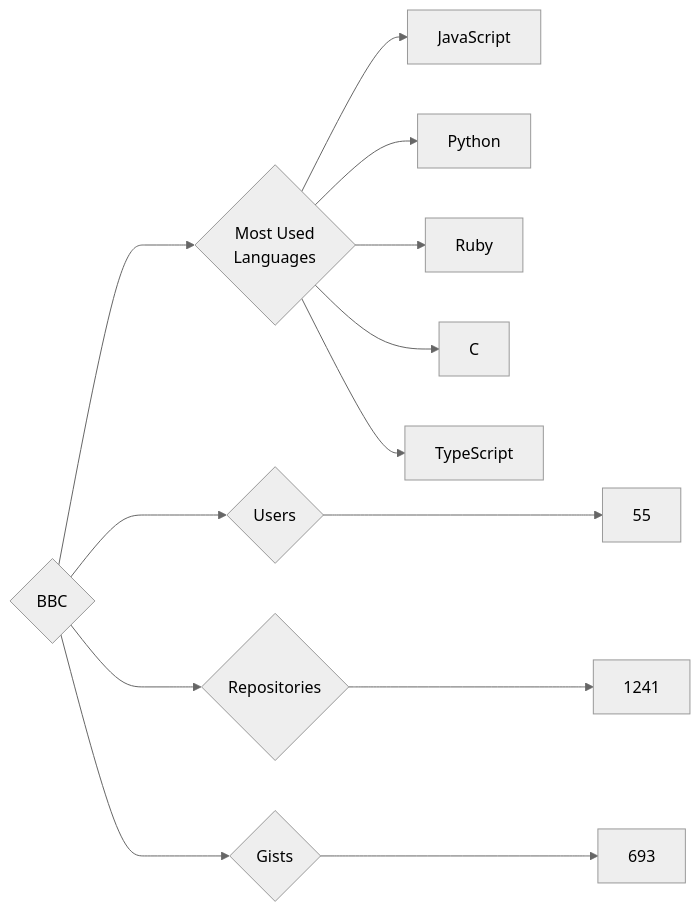
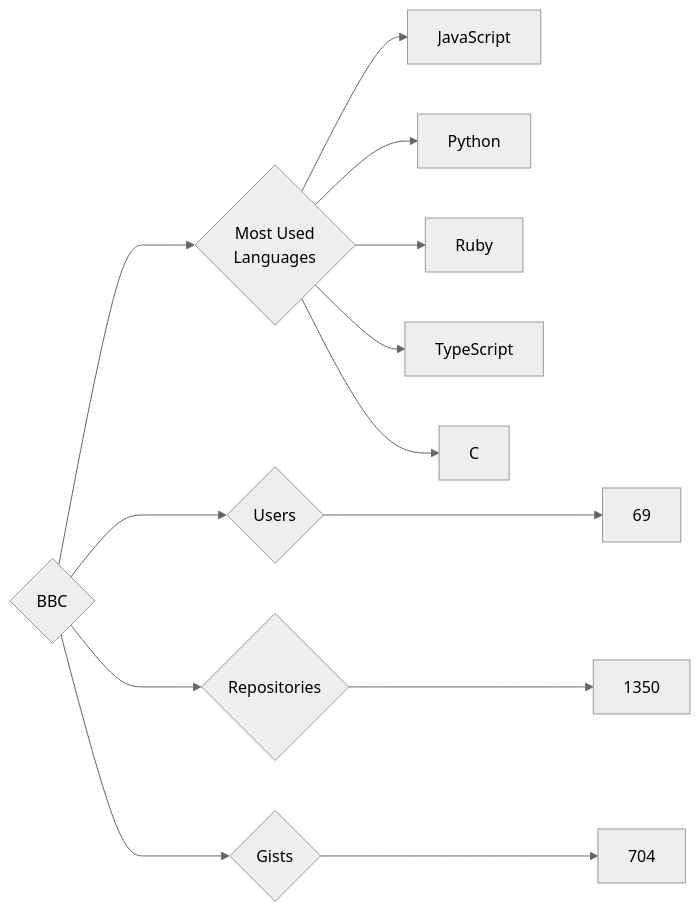
The diagram in targets/BBC/README.md (trickest/insiders), drawn with Mermaid (neutral theme) before and after one commit. The commit also changed 545 other files, not shown here.

````diff
--- a/targets/BBC/README.md
+++ b/targets/BBC/README.md
@@ -3,13 +3,13 @@
 ```mermaid
 graph LR
 COMPANY_NAME{BBC}
-COMPANY_NAME ---> U{Users} ---> UN[55]
-COMPANY_NAME ---> R{Repositories} ---> RN[1241]
-COMPANY_NAME ---> G{Gists} ---> GN[693]
+COMPANY_NAME ---> U{Users} ---> UN[69]
+COMPANY_NAME ---> R{Repositories} ---> RN[1350]
+COMPANY_NAME ---> G{Gists} ---> GN[704]
 COMPANY_NAME ---> ML{Most Used<br>Languages}
 ML --> JavaScript[JavaScript]
 ML --> Python[Python]
 ML --> Ruby[Ruby]
+ML --> TypeScript[TypeScript]
 ML --> C[C]
-ML --> TypeScript[TypeScript]
 ```
````
